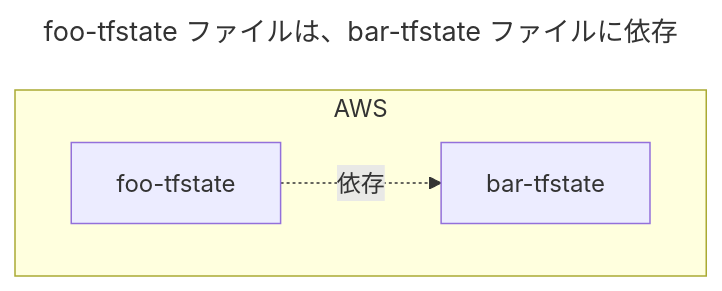
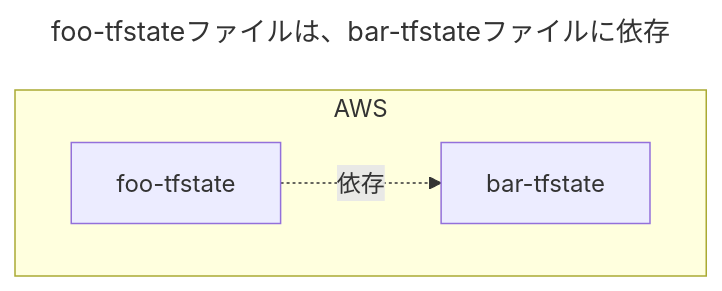
Before and after one commit to hiroki-it/hatenablog: the second of 12 diagrams in dist/entry/2023/07/01/180257.md, drawn with Mermaid. The commit also changed other lines of this file, not shown here.

````diff
--- a/dist/entry/2023/07/01/180257.md
+++ b/dist/entry/2023/07/01/180257.md
@@ -162,12 +162,12 @@
 ```mermaid
 ---
-title: foo-tfstate ファイルは、bar-tfstate ファイルに依存
+title: foo-tfstateファイルは、bar-tfstateファイルに依存
 ---
 %%{init:{'theme':'default'}}%%
 flowchart TD
     subgraph AWS
         foo["foo-tfstate"]
         bar["bar-tfstate"]
     end
     foo -. 依存 .-> bar
 ```
````
